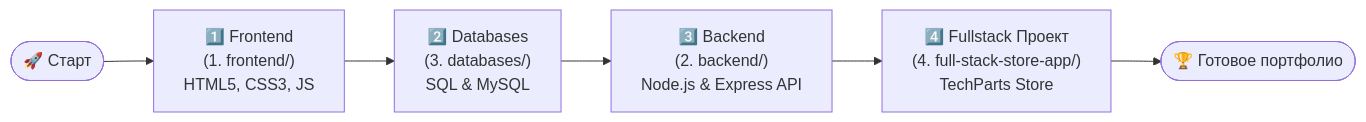
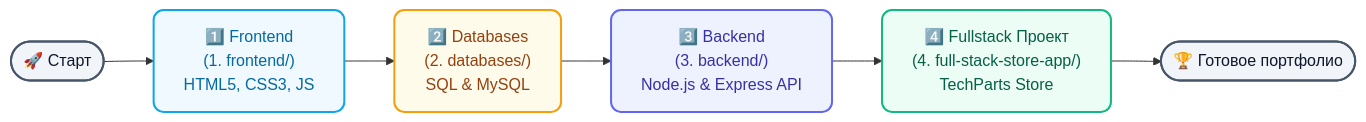
One commit to mrsky1001/fullstack-web-development-course changed the second of 2 diagrams in README.ru.md. Above: the diagram before and after it, drawn with Mermaid. The commit also changed other lines of this file and 4 other files, not shown here.

Commit message:
refactor: swap order of database and backend modules in curriculum documentation and roadmap

````diff
--- a/README.ru.md
+++ b/README.ru.md
@@ -196,9 +244,25 @@
 ```mermaid
 flowchart LR
     Start(["🚀 Старт"]) --> F["1️⃣ Frontend<br/>(1. frontend/)<br/>HTML5, CSS3, JS"]
-    F --> D["2️⃣ Databases<br/>(3. databases/)<br/>SQL & MySQL"]
-    D --> B["3️⃣ Backend<br/>(2. backend/)<br/>Node.js & Express API"]
+    F --> D["2️⃣ Databases<br/>(2. databases/)<br/>SQL & MySQL"]
+    D --> B["3️⃣ Backend<br/>(3. backend/)<br/>Node.js & Express API"]
     B --> App["4️⃣ Fullstack Проект<br/>(4. full-stack-store-app/)<br/>TechParts Store"]
-    
     App --> Done(["🏆 Готовое портфолио"])
+
+    classDef startDone fill:#f1f5f9,stroke:#475569,stroke-width:2px,color:#0f172a,rx:20px,ry:20px;
+    classDef front fill:#f0f9ff,stroke:#0ea5e9,stroke-width:2px,color:#0369a1,rx:10px,ry:10px;
+    classDef db fill:#fffbeb,stroke:#f59e0b,stroke-width:2px,color:#92400e,rx:10px,ry:10px;
+    classDef back fill:#eef2ff,stroke:#6366f1,stroke-width:2px,color:#3730a3,rx:10px,ry:10px;
+    classDef app fill:#ecfdf5,stroke:#10b981,stroke-width:2px,color:#065f46,rx:10px,ry:10px;
+
+    class Start,Done startDone;
+    class F front;
+    class D db;
+    class B back;
+    class App app;
+
+    click F "./1.%20frontend/" "Перейти в Frontend"
+    click D "./2.%20databases/" "Перейти в Databases"
+    click B "./3.%20backend/" "Перейти в Backend"
+    click App "./4.%20full-stack-store-app/" "Перейти в Fullstack Store App"
 ```
````
